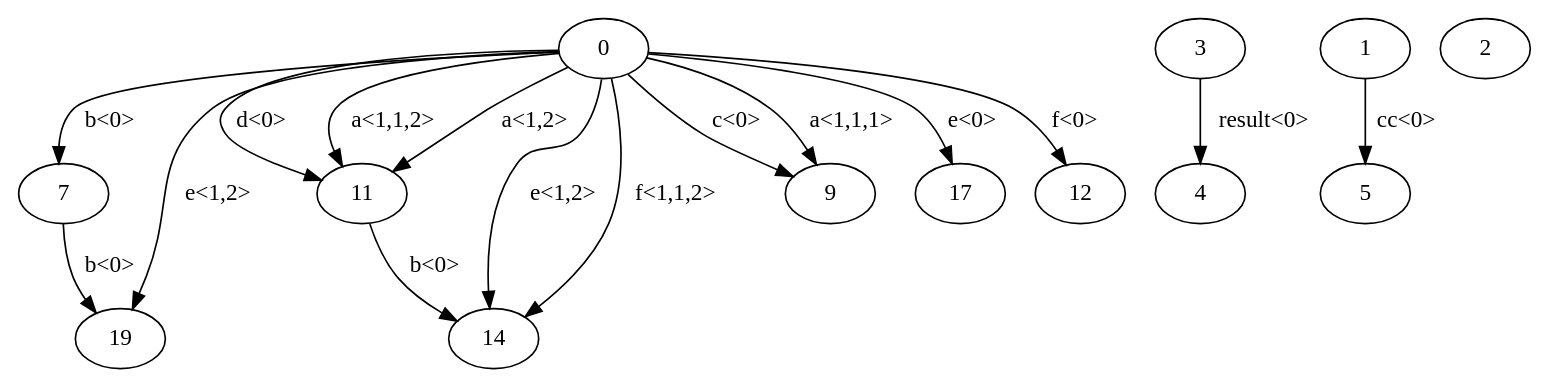
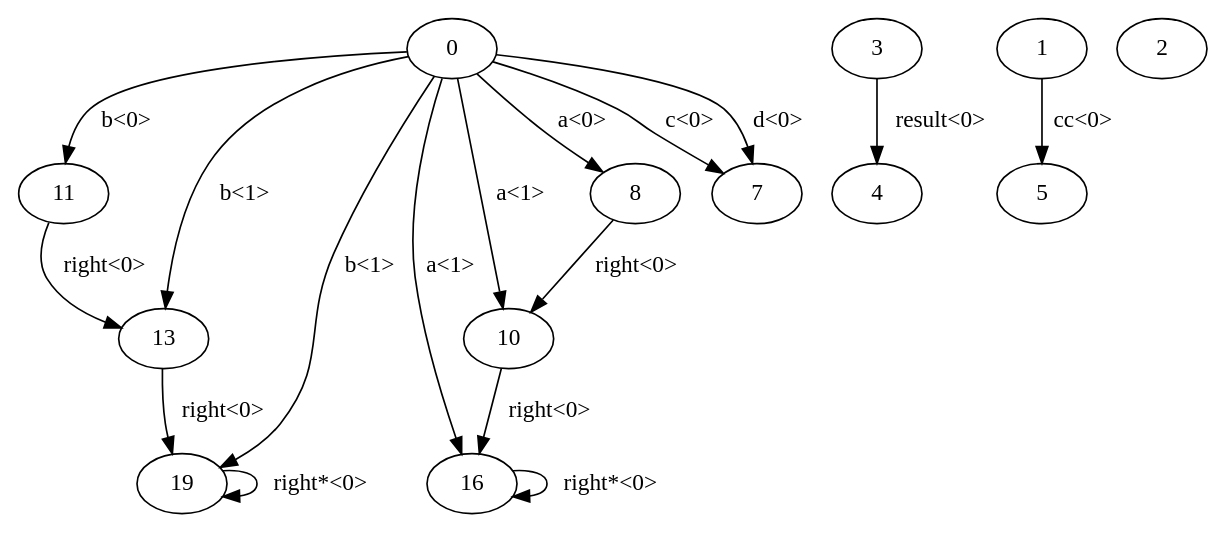
Before and after one commit to varivera/aliasing-java: the diagram in AliasingImpl/source/test.dot, drawn with Graphviz. The commit also changed 9 other files, not shown here.

```diff
--- a/AliasingImpl/source/test.dot
+++ b/AliasingImpl/source/test.dot
@@ -1,30 +1,31 @@
 digraph G {
-n7->n19 [label="b<0>"]
-n11->n14 [label="b<0>"]
-n0->n7 [label="b<0>"]
-n0->n9 [label="c<0>"]
-n0->n11 [label="d<0>"]
-n0->n17 [label="e<0>"]
-n0->n12 [label="f<0>"]
-n0->n9 [label="a<1,1,1>"]
-n0->n11 [label="a<1,1,2>"]
-n0->n14 [label="e<1,2>"]
-n0->n19 [label="e<1,2>"]
-n0->n14 [label="f<1,1,2>"]
-n0->n11 [label="a<1,2>"]
-n14[label="14"]
+n11->n13 [label="right<0>"]
+n16->n16 [label="right*<0>"]
+n10->n16 [label="right<0>"]
+n19->n19 [label="right*<0>"]
+n13->n19 [label="right<0>"]
+n8->n10 [label="right<0>"]
+n0->n11 [label="b<0>"]
+n0->n7 [label="c<0>"]
+n0->n7 [label="d<0>"]
+n0->n16 [label="a<1>"]
+n0->n10 [label="a<1>"]
+n0->n19 [label="b<1>"]
+n0->n13 [label="b<1>"]
+n0->n8 [label="a<0>"]
+n13[label="13"]
 n0[label="0"]
-n17[label="17"]
+n16[label="16"]
 n19[label="19"]
 n7[label="7"]
-n9[label="9"]
-n12[label="12"]
+n8[label="8"]
+n10[label="10"]
 n11[label="11"]
 n3->n4 [label="result<0>"]
 n3[label="3"]
 n4[label="4"]
 n1->n5 [label="cc<0>"]
 n1[label="1"]
 n5[label="5"]
 n2[label="2"]
 }
```
